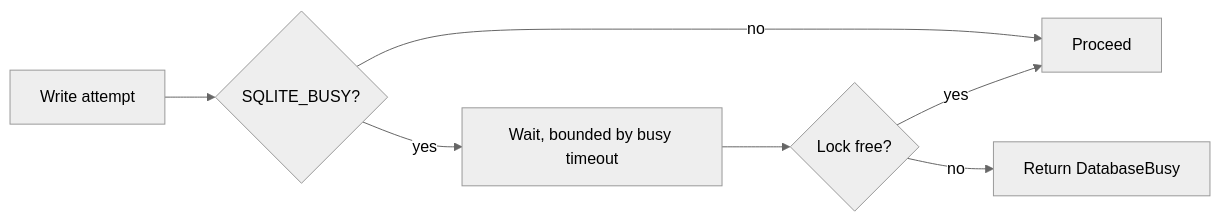
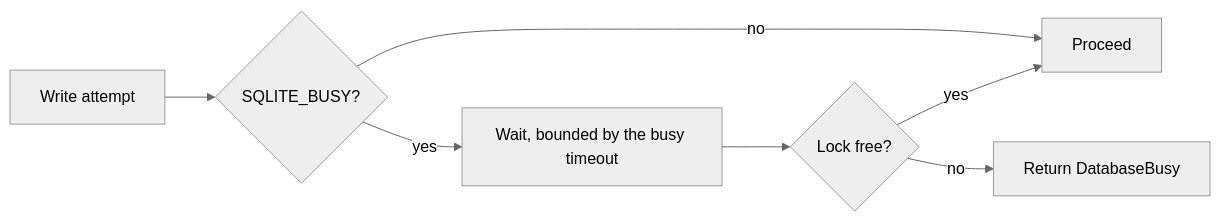
Before and after one commit to xakpc/sqlite-mcp-sidecar: the second of 2 diagrams in .lode/plans/design/connection-policy.md, drawn with Mermaid (neutral theme). The commit also changed other lines of this file and 28 other files, not shown here.

````diff
--- a/.lode/plans/design/connection-policy.md
+++ b/.lode/plans/design/connection-policy.md
@@ -75,9 +94,9 @@
 ```mermaid
 flowchart LR
     w[Write attempt] --> busy{SQLITE_BUSY?}
     busy -->|no| ok[Proceed]
-    busy -->|yes| wait[Wait, bounded by busy timeout]
+    busy -->|yes| wait[Wait, bounded by the busy timeout]
     wait --> retry{Lock free?}
     retry -->|yes| ok
     retry -->|no| err[Return DatabaseBusy]
 ```
````
